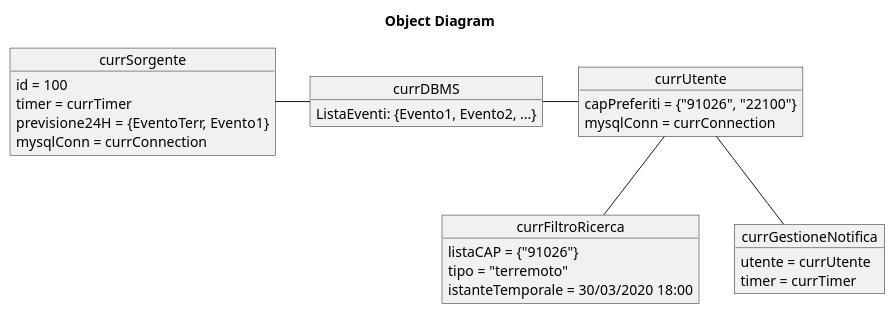
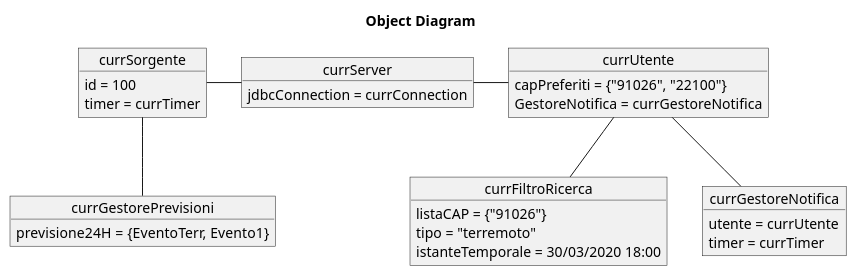
Before and after one commit to xFA25E/sweng_14_2019: the diagram in docs/diagrams/object.puml, drawn with PlantUML.

Commit message:
changes related to architecture changing on object.puml

```diff
--- a/docs/diagrams/object.puml
+++ b/docs/diagrams/object.puml
@@ -1,35 +1,37 @@
 @startuml
 title Object Diagram
+object currGestorePrevisioni {
+    previsione24H = {EventoTerr, Evento1}
+}
 
 object currSorgente {
     id = 100
     timer = currTimer
-    previsione24H = {EventoTerr, Evento1}
-    mysqlConn = currConnection
 }
 
-object currDBMS {
-    ListaEventi: {Evento1, Evento2, ...}
+object currServer {
+    jdbcConnection = currConnection
 }
 
 object currUtente {
     capPreferiti = {"91026", "22100"}
-    mysqlConn = currConnection
+    GestoreNotifica = currGestoreNotifica
 }
 
 object currFiltroRicerca {
     listaCAP = {"91026"}
     tipo = "terremoto"
     istanteTemporale = 30/03/2020 18:00
 }
 
-object currGestioneNotifica {
+object currGestoreNotifica {
     utente = currUtente
     timer = currTimer
 }
 
-currSorgente - currDBMS
-currDBMS - currUtente
+currSorgente -- currGestorePrevisioni
+currSorgente - currServer
+currServer - currUtente
 currUtente -- currFiltroRicerca
-currUtente -- currGestioneNotifica
+currUtente -- currGestoreNotifica
 @enduml
```
